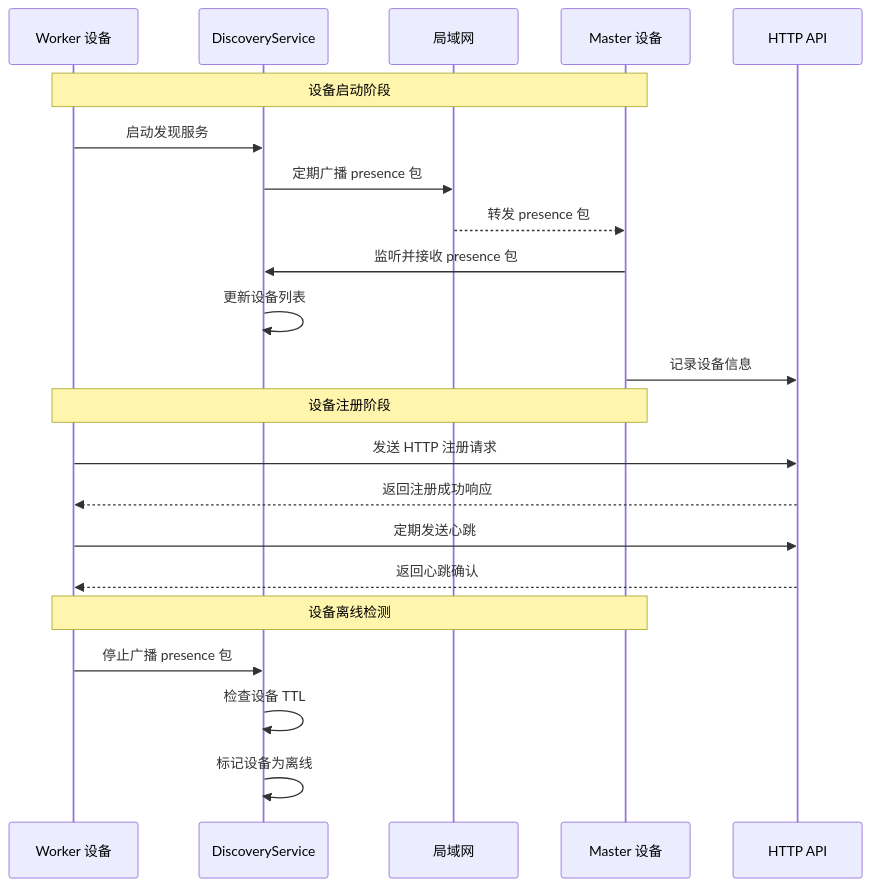
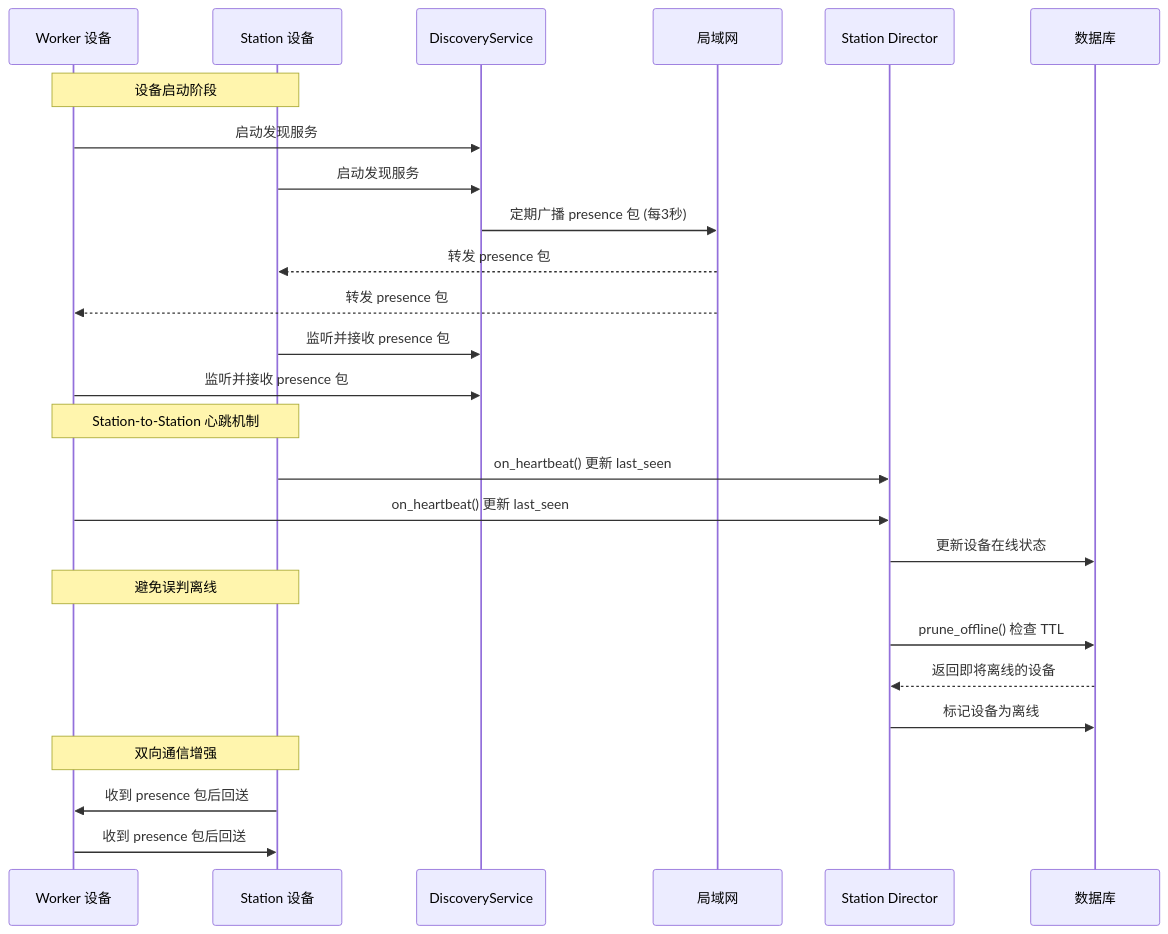
One commit to targalian/Personal-distributed-workstation changed the second of 8 diagrams in .qoder/repowiki/zh/content/架构设计/Worker 代理/通信协议与消息格式/UDP 广播发现协议.md. Above: the diagram before and after it, drawn with Mermaid. The commit also changed other lines of this file and 69 other files, not shown here.

````diff
--- a/.qoder/repowiki/zh/content/架构设计/Worker 代理/通信协议与消息格式/UDP 广播发现协议.md
+++ b/.qoder/repowiki/zh/content/架构设计/Worker 代理/通信协议与消息格式/UDP 广播发现协议.md
@@ -121,24 +139,28 @@
 ```mermaid
 sequenceDiagram
 participant Worker as Worker 设备
+participant Station as Station 设备
 participant Discovery as DiscoveryService
 participant Network as 局域网
-participant Master as Master 设备
-participant HTTP as HTTP API
-Note over Worker,Master : 设备启动阶段
+participant StationDir as Station Director
+participant DB as 数据库
+Note over Worker,Station : 设备启动阶段
 Worker->>Discovery : 启动发现服务
-Discovery->>Network : 定期广播 presence 包
-Network-->>Master : 转发 presence 包
-Master->>Discovery : 监听并接收 presence 包
-Discovery->>Discovery : 更新设备列表
-Master->>HTTP : 记录设备信息
-Note over Worker,Master : 设备注册阶段
-Worker->>HTTP : 发送 HTTP 注册请求
-HTTP-->>Worker : 返回注册成功响应
-Worker->>HTTP : 定期发送心跳
-HTTP-->>Worker : 返回心跳确认
-Note over Worker,Master : 设备离线检测
-Worker->>Discovery : 停止广播 presence 包
-Discovery->>Discovery : 检查设备 TTL
-Discovery->>Discovery : 标记设备为离线
+Station->>Discovery : 启动发现服务
+Discovery->>Network : 定期广播 presence 包 (每3秒)
+Network-->>Station : 转发 presence 包
+Network-->>Worker : 转发 presence 包
+Station->>Discovery : 监听并接收 presence 包
+Worker->>Discovery : 监听并接收 presence 包
+Note over Station,Worker : Station-to-Station 心跳机制
+Station->>StationDir : on_heartbeat() 更新 last_seen
+Worker->>StationDir : on_heartbeat() 更新 last_seen
+StationDir->>DB : 更新设备在线状态
+Note over Station,Worker : 避免误判离线
+StationDir->>DB : prune_offline() 检查 TTL
+DB-->>StationDir : 返回即将离线的设备
+StationDir->>DB : 标记设备为离线
+Note over Worker,Station : 双向通信增强
+Station->>Worker : 收到 presence 包后回送
+Worker->>Station : 收到 presence 包后回送
 ```
````
